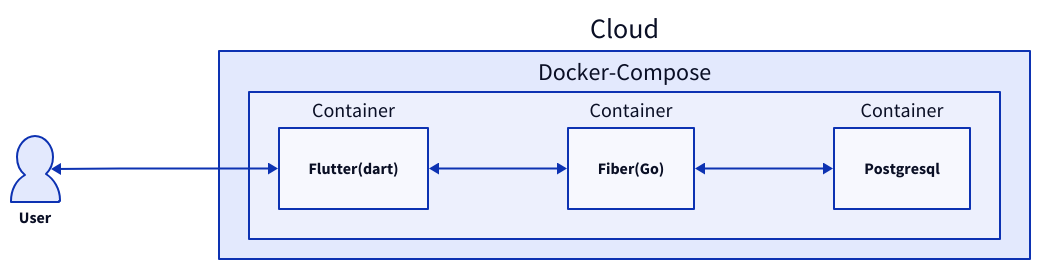
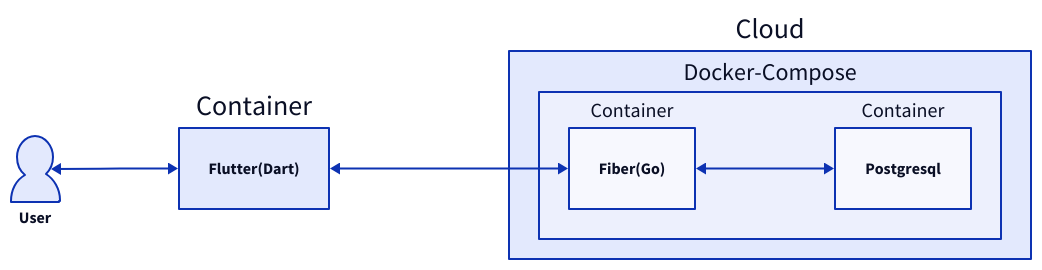
One commit to yusong-offx/todo-list changed the diagram in assets/struct.d2. Above: the diagram before and after it, drawn with D2. The commit also changed 29 other files, not shown here.

Commit message:
feat : adapt flutter to fiber fix typos in README, add README link. adapt flutter to fiber and fix fiber schema.

```diff
--- a/assets/struct.d2
+++ b/assets/struct.d2
@@ -1,18 +1,18 @@
 Cloud: {
     Docker-Compose:{
-        Flutter(dart): Container {
-            Flutter(dart).shape: Text
-        }
         Fiber(Go): Container{
             Fiber(Go).shape: Text
         }
         Postgresql: Container{
             Postgresql.shape: Text
         }
-        Flutter(dart) <-> Fiber(Go) <-> Postgresql
+        Fiber(Go) <-> Postgresql
     }
 }
 
 direction: right
+Flutter(Dart): Container {
+    Flutter(Dart).shape: Text
+}
 User.shape: person
-User <-> Cloud.Docker-Compose.Flutter(dart)
+User <-> Flutter(Dart) <-> Cloud.Docker-Compose.Fiber(Go)
```
